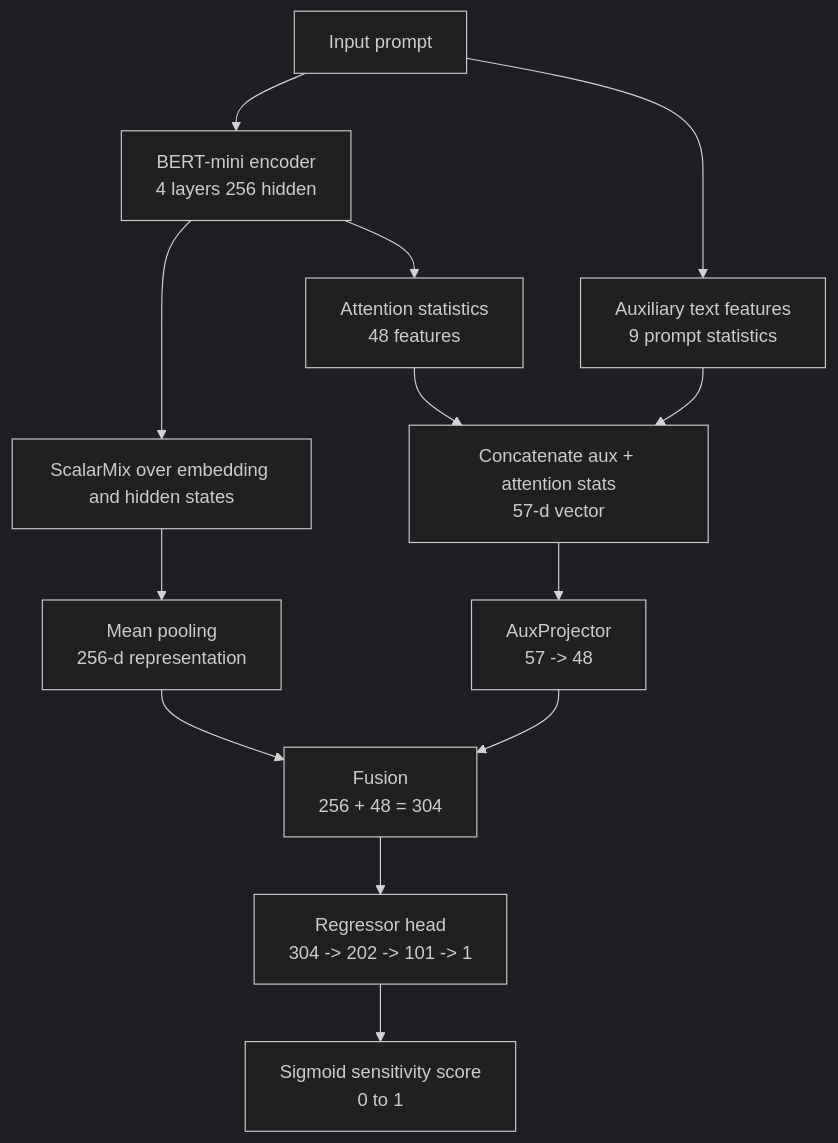
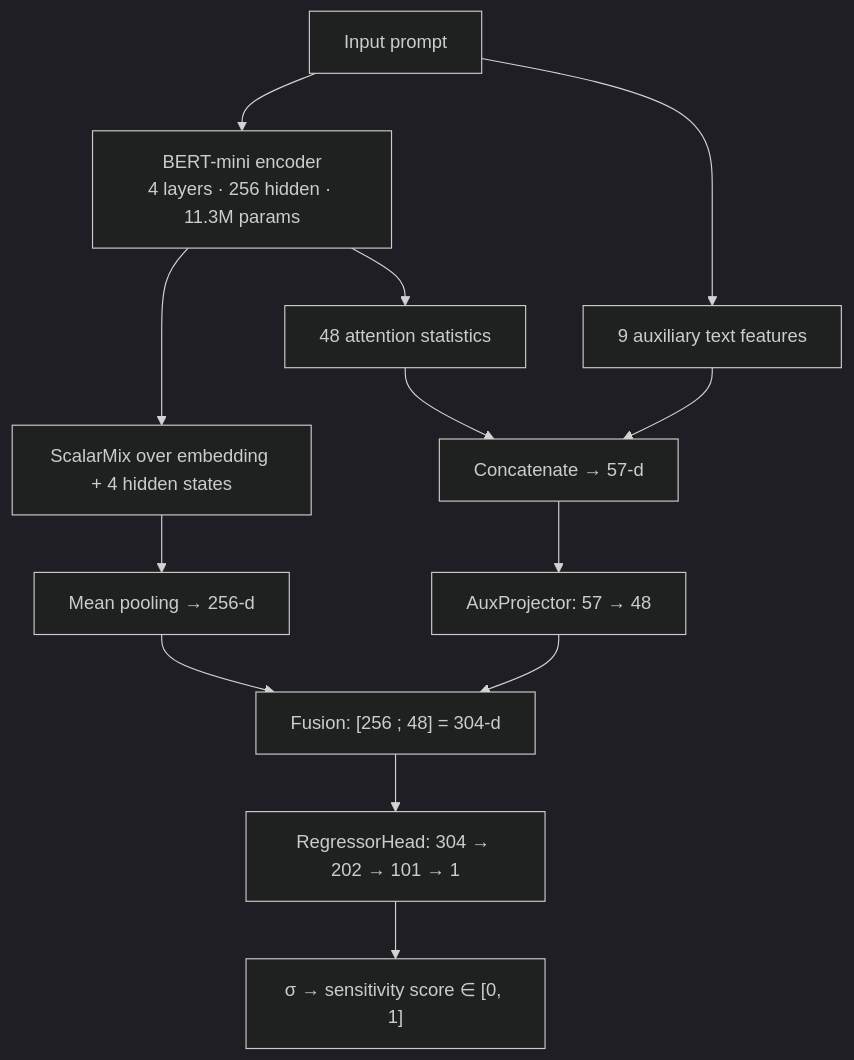
The fifth of 7 diagrams in README.md (asief-iqbal/Thesis), drawn with Mermaid (dark theme) before and after one commit. The commit also changed other lines of this file and 122 other files, not shown here.

````diff
--- a/README.md
+++ b/README.md
@@ -272,16 +379,16 @@
 ```mermaid
 flowchart TD
-    A[Input prompt] --> B[BERT-mini encoder<br/>4 layers 256 hidden]
-    B --> C[ScalarMix over embedding and hidden states]
-    C --> D[Mean pooling<br/>256-d representation]
+    A[Input prompt] --> B["BERT-mini encoder<br/>4 layers · 256 hidden · 11.3M params"]
+    B --> C["ScalarMix over embedding + 4 hidden states"]
+    C --> D["Mean pooling → 256-d"]
 
-    A --> E[Auxiliary text features<br/>9 prompt statistics]
-    B --> F[Attention statistics<br/>48 features]
-    E --> G[Concatenate aux + attention stats<br/>57-d vector]
+    A --> E["9 auxiliary text features"]
+    B --> F["48 attention statistics"]
+    E --> G["Concatenate → 57-d"]
     F --> G
-    G --> H[AuxProjector<br/>57 -> 48]
-    D --> I[Fusion<br/>256 + 48 = 304]
+    G --> H["AuxProjector: 57 → 48"]
+    D --> I["Fusion: [256 ; 48] = 304-d"]
     H --> I
-    I --> J[Regressor head<br/>304 -> 202 -> 101 -> 1]
-    J --> K[Sigmoid sensitivity score<br/>0 to 1]
+    I --> J["RegressorHead: 304 → 202 → 101 → 1"]
+    J --> K["σ → sensitivity score ∈ [0, 1]"]
 ```
````
